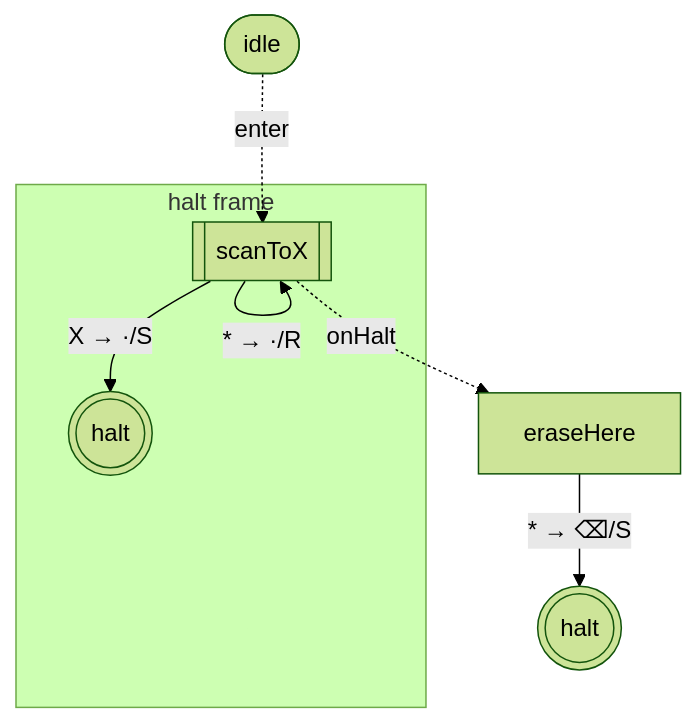
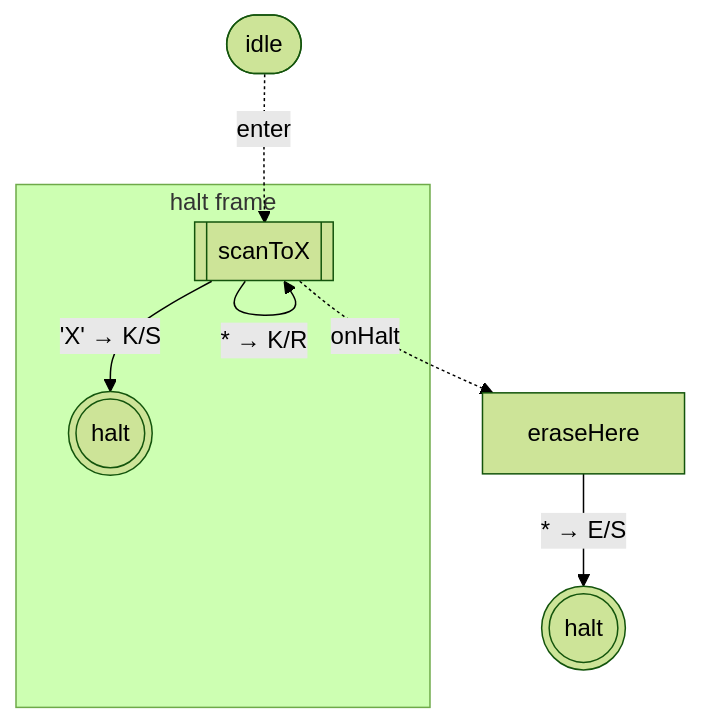
Before and after one commit to mellonis/turing-machine-js: the eighth of 8 diagrams in packages/machine/README.md, drawn with Mermaid (forest theme). The commit also changed other lines of this file and 7 other files, not shown here.

````diff
--- a/packages/machine/README.md
+++ b/packages/machine/README.md
@@ -447,16 +447,16 @@
 ```mermaid
 flowchart TD
 %% alphabets: [[" ","a","b","X"]]
   s0(((halt)))
   s2["eraseHere"]
   idle([idle])
   subgraph w_3["halt frame"]
     s3[["scanToX"]]
     c3(((halt)))
   end
   idle -. enter .-> s3
-  s2 -- "* → ⌫/S" --> s0
-  s3 -- "X → ·/S" --> c3
-  s3 -- "* → ·/R" --> s3
+  s2 -- "* → E/S" --> s0
+  s3 -- "'X' → K/S" --> c3
+  s3 -- "* → K/R" --> s3
   s3 -. onHalt .-> s2
 ```
````
